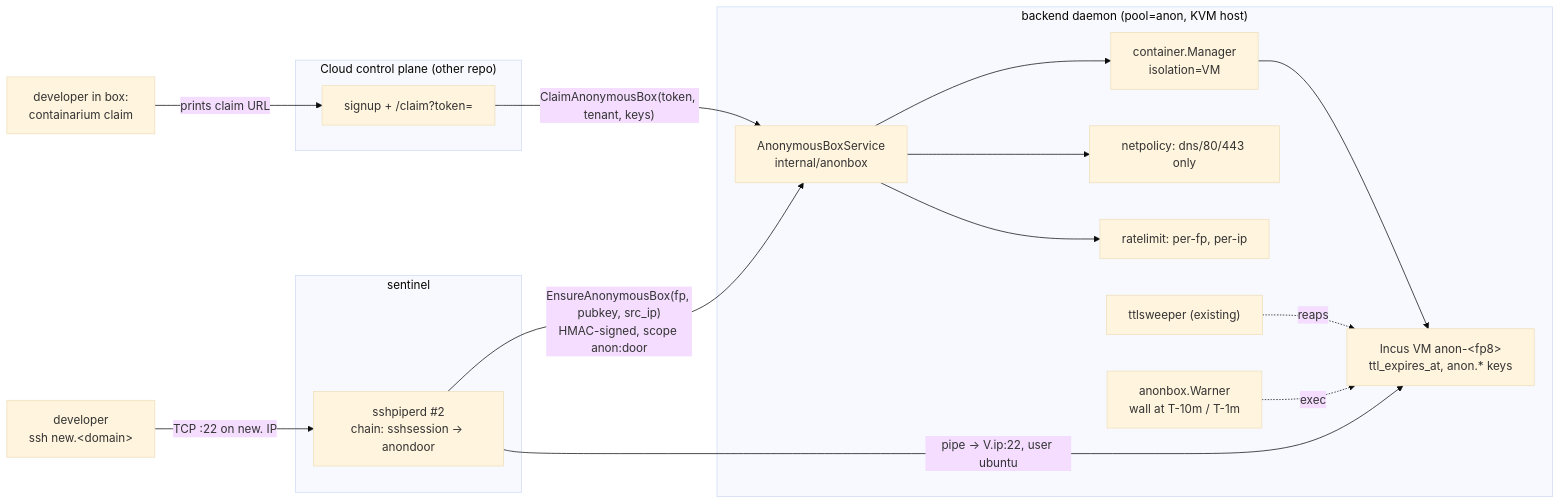
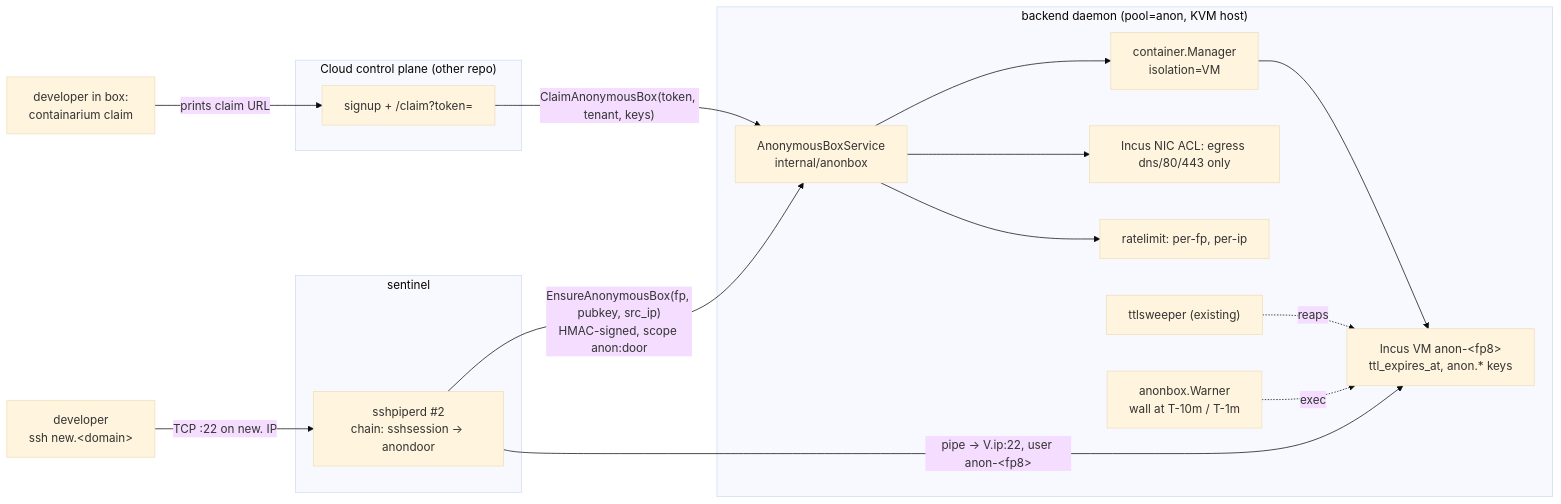
One commit to FootprintAI/Containarium changed the diagram in docs/architecture/ssh-new-anonymous-box.md. Above: the diagram before and after it, drawn with Mermaid (base theme). The commit also changed other lines of this file, not shown here.

````diff
--- a/docs/architecture/ssh-new-anonymous-box.md
+++ b/docs/architecture/ssh-new-anonymous-box.md
@@ -36,29 +36,29 @@
 ```mermaid
 flowchart LR
     U["developer<br/>ssh new.&lt;domain&gt;"] -->|TCP :22 on new. IP| D
 
     subgraph S["sentinel"]
         D["sshpiperd #2<br/>chain: sshsession → anondoor"]
     end
 
     D -->|"EnsureAnonymousBox(fp, pubkey, src_ip)<br/>HMAC-signed, scope anon:door"| A
 
     subgraph B["backend daemon (pool=anon, KVM host)"]
         A["AnonymousBoxService<br/>internal/anonbox"]
         A --> M["container.Manager<br/>isolation=VM"]
-        A --> NP["netpolicy: dns/80/443 only"]
+        A --> NP["Incus NIC ACL: egress dns/80/443 only"]
         A --> RL["ratelimit: per-fp, per-ip"]
         M --> V["Incus VM anon-&lt;fp8&gt;<br/>ttl_expires_at, anon.* keys"]
         T["ttlsweeper (existing)"] -.reaps.-> V
         W["anonbox.Warner<br/>wall at T-10m / T-1m"] -.exec.-> V
     end
 
-    D -->|"pipe → V.ip:22, user ubuntu"| V
+    D -->|"pipe → V.ip:22, user anon-&lt;fp8&gt;"| V
 
     U2["developer in box:<br/>containarium claim"] -->|prints claim URL| C
 
     subgraph CP["Cloud control plane (other repo)"]
         C["signup + /claim?token="]
     end
     C -->|"ClaimAnonymousBox(token, tenant, keys)"| A
 ```
````
